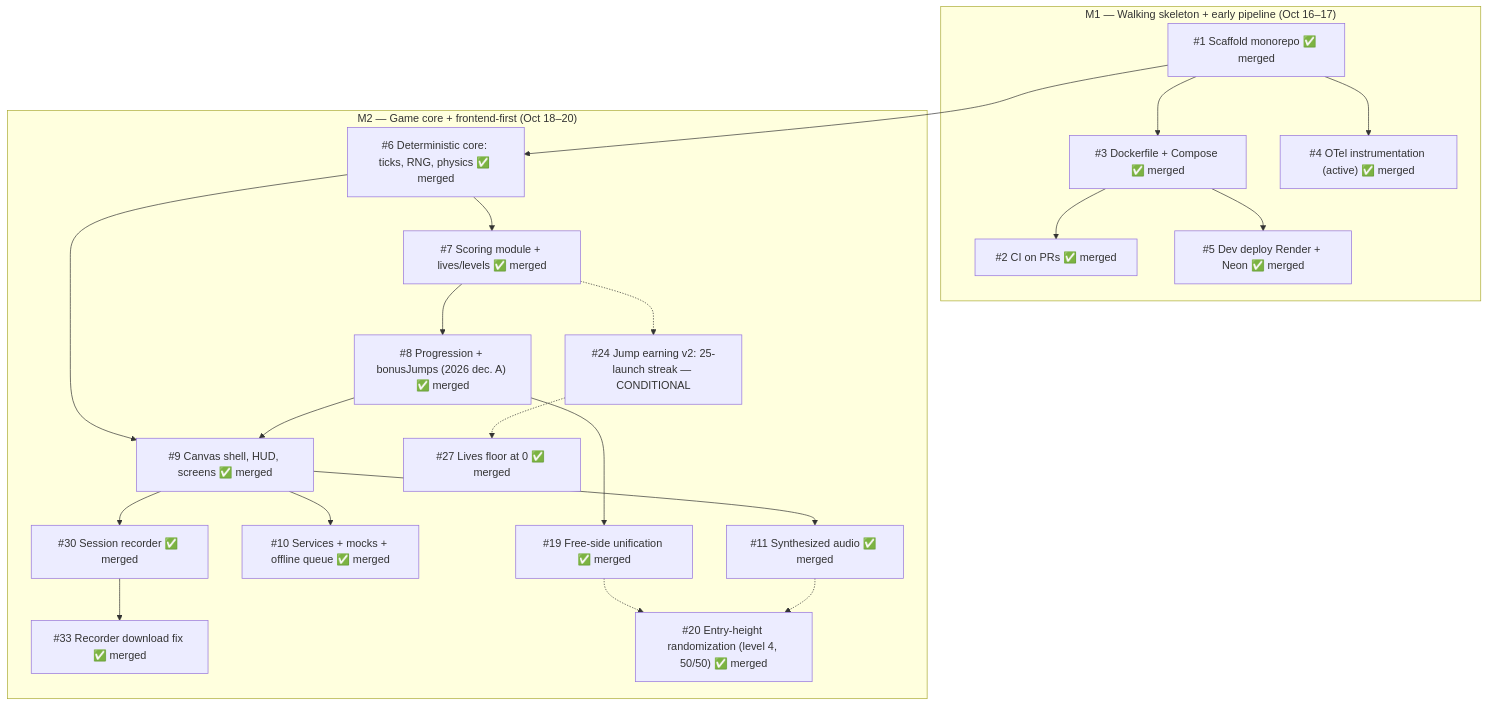
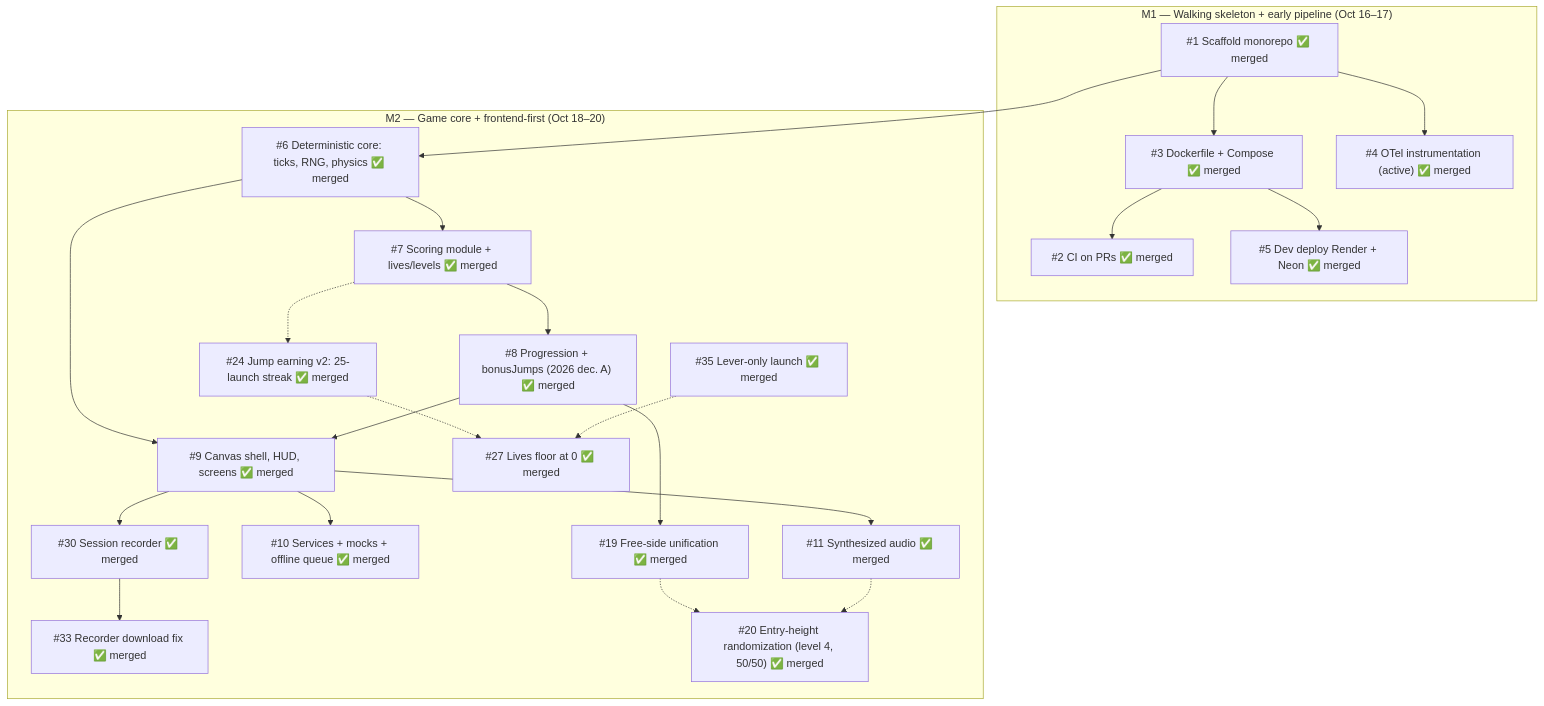
Before and after one commit to lucapug/clown-circus-reloaded: the diagram in _docs/backlog.md, drawn with Mermaid. The commit also changed 1 other file, not shown here.

Commit message:
M2 complete: #24 streak and #35 lever-only merged; backlog map and diary closed

````diff
--- a/_docs/backlog.md
+++ b/_docs/backlog.md
@@ -7,45 +7,47 @@
 ```mermaid
 graph TD
     subgraph M1["M1 — Walking skeleton + early pipeline (Oct 16–17)"]
         I1["#1 Scaffold monorepo ✅ merged"]
     I2["#2 CI on PRs ✅ merged"]
         I3["#3 Dockerfile + Compose ✅ merged"]
     I4["#4 OTel instrumentation (active) ✅ merged"]
     I5["#5 Dev deploy Render + Neon ✅ merged"]
     end
 
     subgraph M2["M2 — Game core + frontend-first (Oct 18–20)"]
         I6["#6 Deterministic core: ticks, RNG, physics ✅ merged"]
         I7["#7 Scoring module + lives/levels ✅ merged"]
         I8["#8 Progression + bonusJumps (2026 dec. A) ✅ merged"]
         I9["#9 Canvas shell, HUD, screens ✅ merged"]
     I30["#30 Session recorder ✅ merged"]
     I33["#33 Recorder download fix ✅ merged"]
         I10["#10 Services + mocks + offline queue ✅ merged"]
         I11["#11 Synthesized audio ✅ merged"]
         I19["#19 Free-side unification ✅ merged"]
         I20["#20 Entry-height randomization (level 4, 50/50) ✅ merged"]
-        I24["#24 Jump earning v2: 25-launch streak — CONDITIONAL"]
+        I24["#24 Jump earning v2: 25-launch streak ✅ merged"]
         I27["#27 Lives floor at 0 ✅ merged"]
+    I35["#35 Lever-only launch ✅ merged"]
     end
 
     I1 --> I3
     I1 --> I4
     I3 --> I2
     I3 --> I5
 
     I1 --> I6
     I6 --> I7
     I7 --> I8
     I6 --> I9
     I8 --> I9
     I9 --> I10
     I9 --> I11
     I8 --> I19
     I19 -.-> I20
     I11 -.-> I20
     I7 -.-> I24
     I9 --> I30
     I30 --> I33
     I24 -.-> I27
+    I35 -.-> I27
 ```
````
